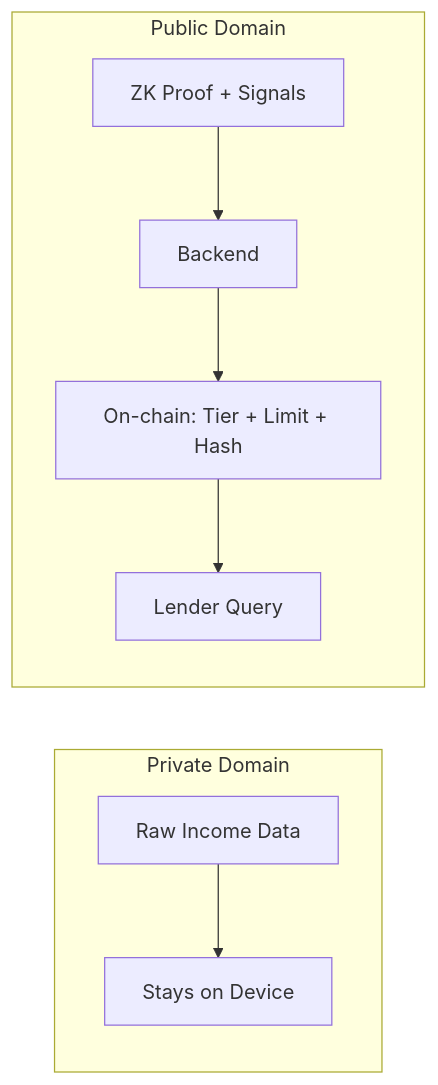
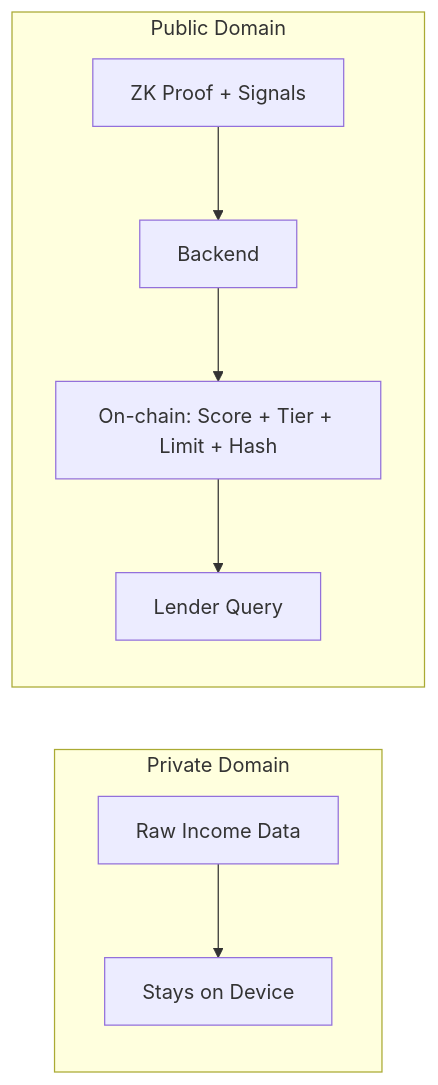
One commit to SomehowLiving/Acre changed the fourth of 5 diagrams in docs/ARCHITECTURE.md. Above: the diagram before and after it, drawn with Mermaid. The commit also changed other lines of this file and 17 other files, not shown here.

Commit message:
feat: enhance Acre verification contract and testnet deployment flow

````diff
--- a/docs/ARCHITECTURE.md
+++ b/docs/ARCHITECTURE.md
@@ -206,12 +206,12 @@
 ```mermaid
 flowchart LR
     subgraph Private ["Private Domain"]
         Raw[Raw Income Data] --> NeverLeaves[Stays on Device]
     end
 
     subgraph Public ["Public Domain"]
         Proof[ZK Proof + Signals] --> Backend
-        Backend --> OnChain[On-chain: Tier + Limit + Hash]
+        Backend --> OnChain[On-chain: Score + Tier + Limit + Hash]
         OnChain --> Lender[Lender Query]
     end
 ```
````
